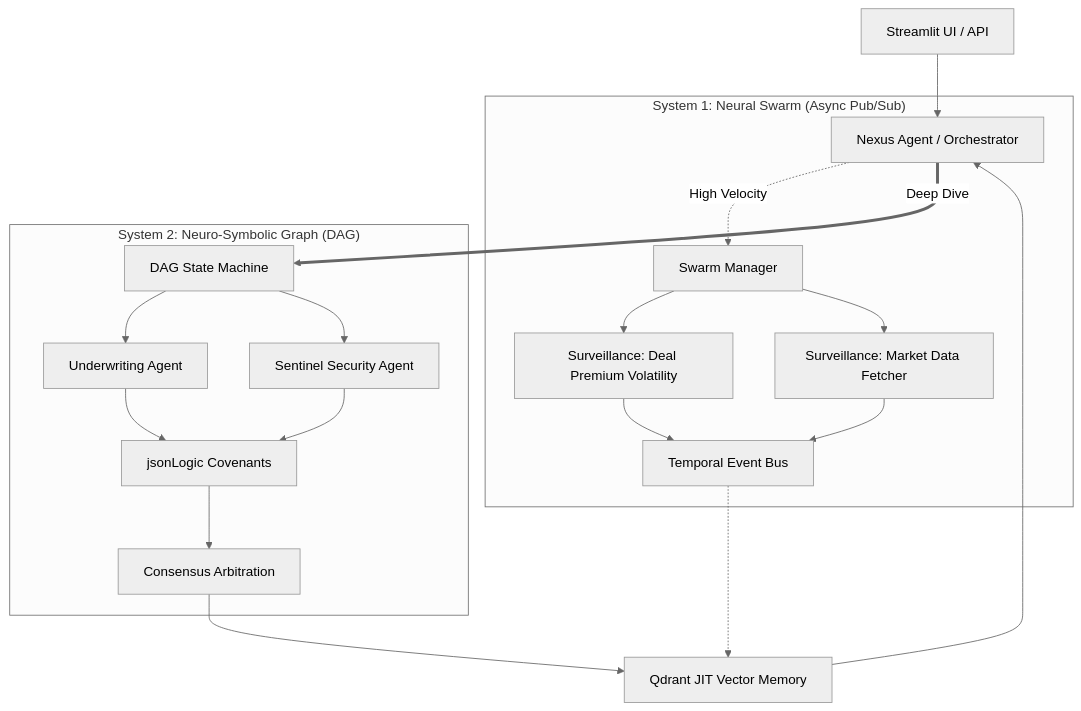
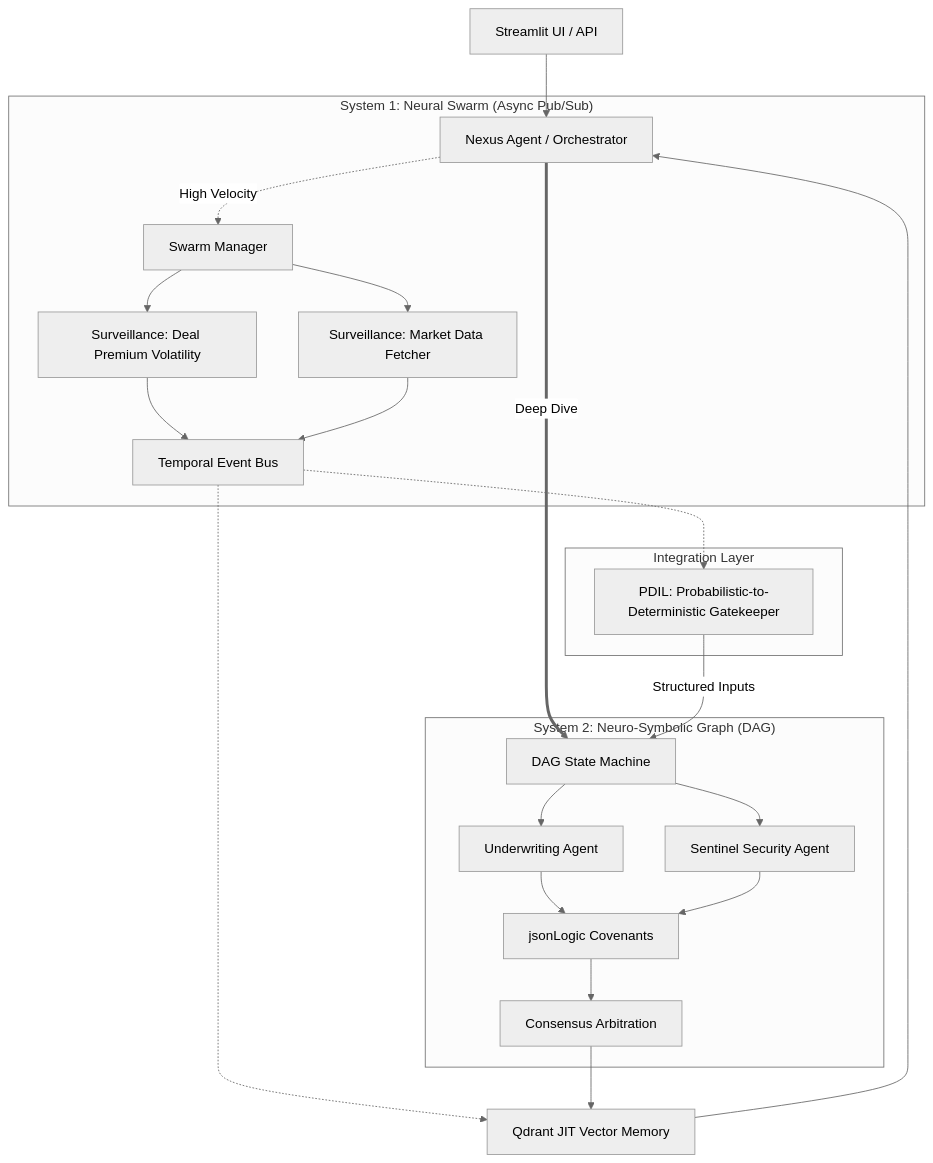
One commit to adamvangrover/adam changed the first of 2 diagrams in README.md. Above: the diagram before and after it, drawn with Mermaid (neutral theme). The commit also changed other lines of this file and 40 other files, not shown here.

````diff
--- a/README.md
+++ b/README.md
@@ -61,26 +61,31 @@
 ```mermaid
 graph TD
     User[Streamlit UI / API] --> Nexus[Nexus Agent / Orchestrator]
 
     subgraph "System 1: Neural Swarm (Async Pub/Sub)"
         Nexus -.->|High Velocity| HiveMind[Swarm Manager]
         HiveMind --> Surv1[Surveillance: Deal Premium Volatility]
         HiveMind --> Surv2[Surveillance: Market Data Fetcher]
         Surv1 & Surv2 --> TemporalBus[Temporal Event Bus]
     end
 
+    subgraph "Integration Layer"
+        TemporalBus -.-> PDIL_Gatekeeper[PDIL: Probabilistic-to-Deterministic Gatekeeper]
+    end
+
     subgraph "System 2: Neuro-Symbolic Graph (DAG)"
         Nexus ==>|Deep Dive| Planner[DAG State Machine]
+        PDIL_Gatekeeper -->|Structured Inputs| Planner
         Planner --> Underwriter[Underwriting Agent]
         Planner --> Sentinel[Sentinel Security Agent]
 
         Underwriter --> RulesEngine[jsonLogic Covenants]
         Sentinel --> RulesEngine
         RulesEngine --> Consensus[Consensus Arbitration]
     end
 
     TemporalBus -.-> Qdrant[Qdrant JIT Vector Memory]
     Consensus --> Qdrant
     Qdrant --> Nexus
 
 ```
````
